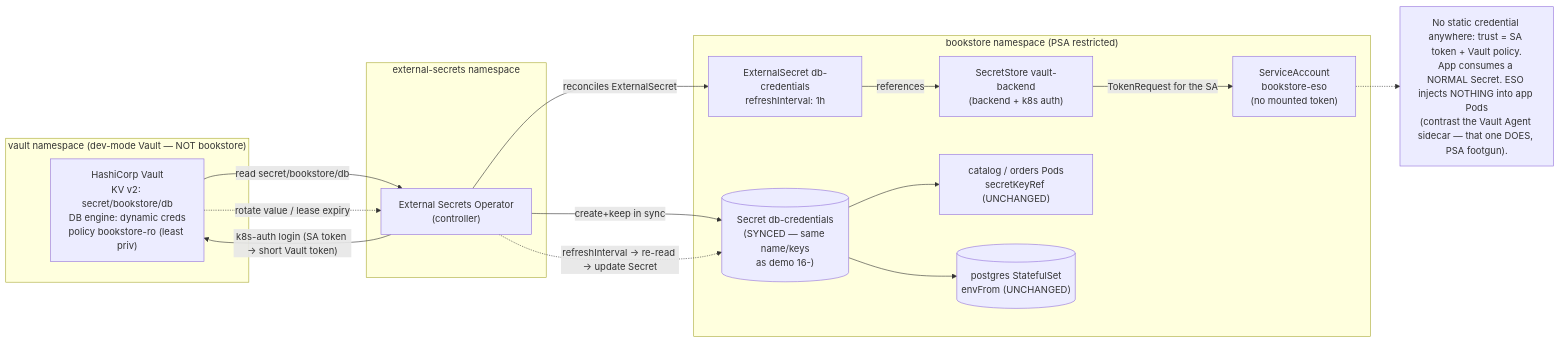
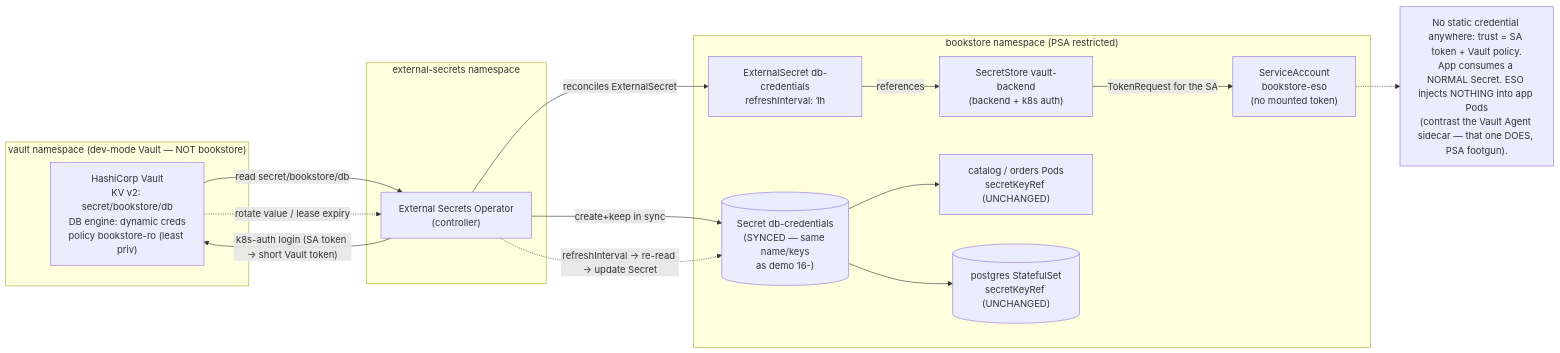
One commit to abd-ulbasit/bookstore-kubernetes-guide changed the diagram in full-guide/11-advanced-production-patterns/05-secrets-at-scale.md. Above: the diagram before and after it, drawn with Mermaid. The commit also changed other lines of this file and 39 other files, not shown here.

````diff
--- a/full-guide/11-advanced-production-patterns/05-secrets-at-scale.md
+++ b/full-guide/11-advanced-production-patterns/05-secrets-at-scale.md
@@ -121,30 +121,30 @@
 ```mermaid
 flowchart LR
     subgraph vaultns["vault namespace (dev-mode Vault — NOT bookstore)"]
       vault["HashiCorp Vault<br/>KV v2: secret/bookstore/db<br/>DB engine: dynamic creds<br/>policy bookstore-ro (least priv)"]
     end
     subgraph esons["external-secrets namespace"]
       eso["External Secrets Operator<br/>(controller)"]
     end
     subgraph bs["bookstore namespace (PSA restricted)"]
       sa["ServiceAccount<br/>bookstore-eso<br/>(no mounted token)"]
       ss["SecretStore vault-backend<br/>(backend + k8s auth)"]
       es["ExternalSecret db-credentials<br/>refreshInterval: 1h"]
       sec[("Secret db-credentials<br/>(SYNCED — same name/keys<br/>as demo 16-)")]
       cat["catalog / orders Pods<br/>secretKeyRef (UNCHANGED)"]
-      pg[("postgres StatefulSet<br/>envFrom (UNCHANGED)")]
+      pg[("postgres StatefulSet<br/>secretKeyRef (UNCHANGED)")]
     end
 
     es -->|references| ss
     ss -->|"TokenRequest for the SA"| sa
     eso -->|"reconciles ExternalSecret"| es
     eso -->|"k8s-auth login (SA token → short Vault token)"| vault
     vault -->|"read secret/bookstore/db"| eso
     eso -->|"create+keep in sync"| sec
     sec --> cat
     sec --> pg
     vault -. "rotate value / lease expiry" .-> eso
     eso -. "refreshInterval → re-read → update Secret" .-> sec
     note["No static credential anywhere: trust = SA token + Vault policy.<br/>App consumes a NORMAL Secret. ESO injects NOTHING into app Pods<br/>(contrast the Vault Agent sidecar — that one DOES, PSA footgun)."]
     sa -.-> note
 ```
````
